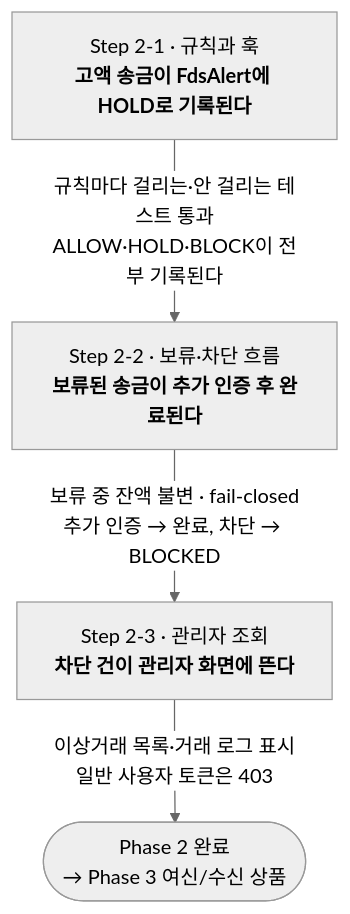
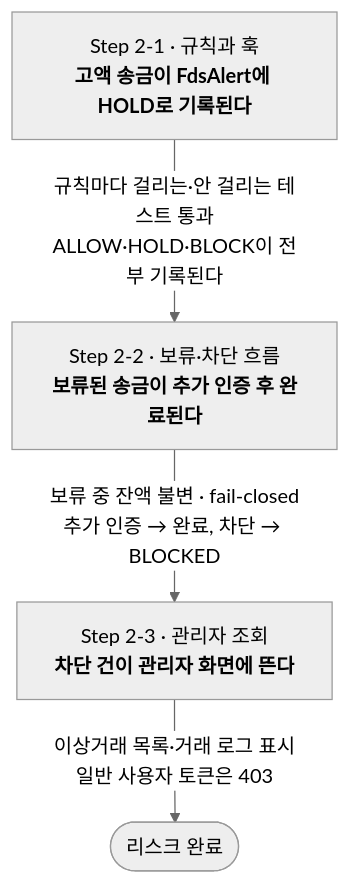
One commit to ShinhanDSProject/talking-bank changed the diagram in docs/domains/02-risk.md. Above: the diagram before and after it, drawn with Mermaid (neutral theme). The commit also changed other lines of this file and 9 other files, not shown here.

````diff
--- a/docs/domains/02-risk.md
+++ b/docs/domains/02-risk.md
@@ -62,11 +64,11 @@
 ```mermaid
 flowchart TB
     s1["Step 2-1 · 규칙과 훅<br/><b>고액 송금이 FdsAlert에 HOLD로 기록된다</b>"]
     s2["Step 2-2 · 보류·차단 흐름<br/><b>보류된 송금이 추가 인증 후 완료된다</b>"]
     s3["Step 2-3 · 관리자 조회<br/><b>차단 건이 관리자 화면에 뜬다</b>"]
-    done(["Phase 2 완료<br/>→ Phase 3 여신/수신 상품"])
+    done(["리스크 완료"])
 
     s1 -- "규칙마다 걸리는·안 걸리는 테스트 통과<br/>ALLOW·HOLD·BLOCK이 전부 기록된다" --> s2
     s2 -- "보류 중 잔액 불변 · fail-closed<br/>추가 인증 → 완료, 차단 → BLOCKED" --> s3
     s3 -- "이상거래 목록·거래 로그 표시<br/>일반 사용자 토큰은 403" --> done
 ```
````
